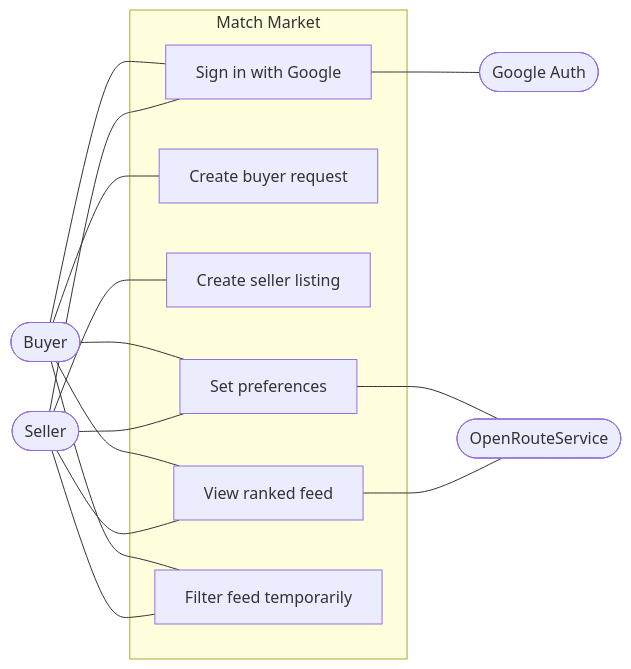
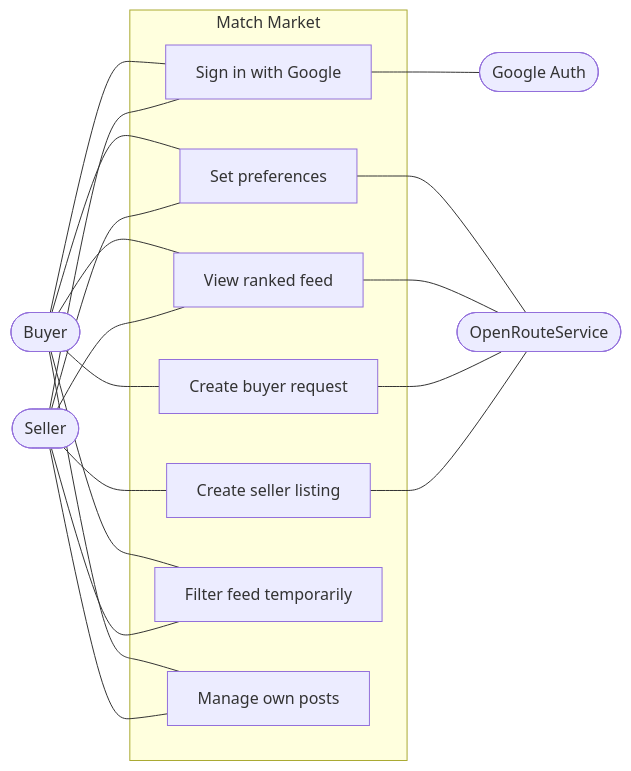
Before and after one commit to m1lun/m1skeletonProject: the diagram in documentation/Requirements_and_Design.md, drawn with Mermaid. The commit also changed other lines of this file, not shown here.

````diff
--- a/documentation/Requirements_and_Design.md
+++ b/documentation/Requirements_and_Design.md
@@ -48,22 +46,26 @@
 ```mermaid
 flowchart LR
     Buyer([Buyer])
     Seller([Seller])
     Google([Google Auth])
     ORS([OpenRouteService])
 
     subgraph MM["Match Market"]
         UC1[Sign in with Google]
         UC2[Create buyer request]
         UC3[Create seller listing]
         UC4[Set preferences]
         UC5[View ranked feed]
         UC6[Filter feed temporarily]
+        UC7[Manage own posts]
     end
 
-    Buyer --- UC1 & UC2 & UC4 & UC5 & UC6
-    Seller --- UC1 & UC3 & UC4 & UC5 & UC6
+    Buyer --- UC1 & UC2 & UC4 & UC5 & UC6 & UC7
+    Seller --- UC1 & UC3 & UC4 & UC5 & UC6 & UC7
+
     UC1 --- Google
     UC4 --- ORS
     UC5 --- ORS
+    UC2 --- ORS
+    UC3 --- ORS
 ```
````
